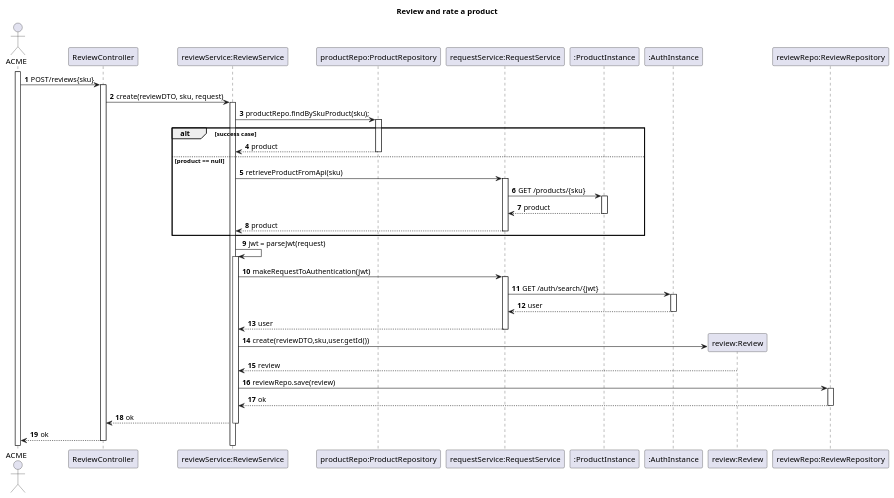
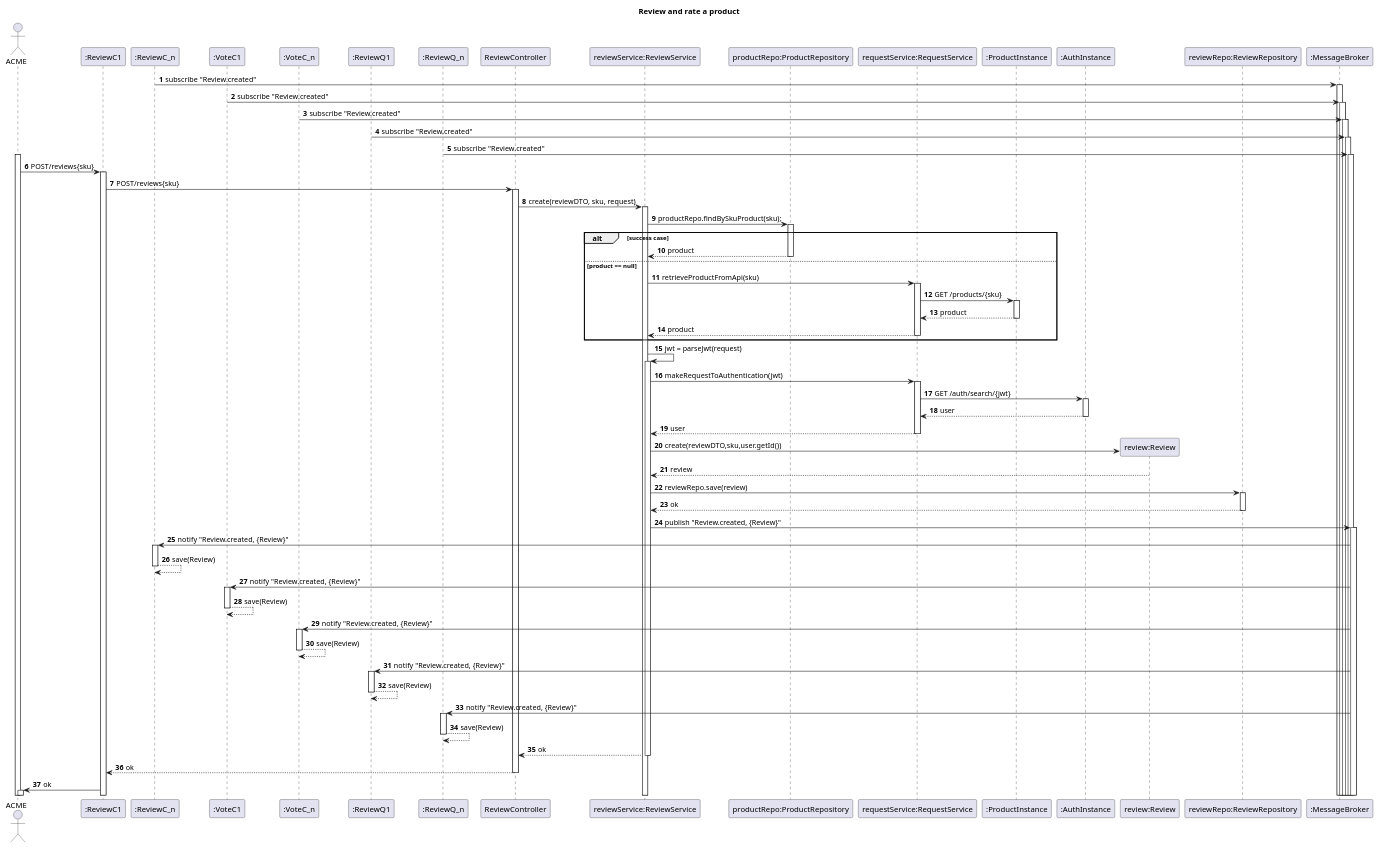
One commit to TiagoNora/SIDIS-Docs changed the diagram in Docs/US04-SD.puml. Above: the diagram before and after it, drawn with PlantUML. The commit also changed 3 other files, not shown here.

```diff
--- a/Docs/US04-SD.puml
+++ b/Docs/US04-SD.puml
@@ -1,43 +1,74 @@
 @startuml
 'https://plantuml.com/sequence-diagram
 title Review and rate a product
 autoactivate on
 autonumber
 
 actor "ACME" as User
+
+participant ":ReviewC1" as reviewC
+participant ":ReviewC_n" as reviewC_n
+participant ":VoteC1" as voteC
+participant ":VoteC_n" as voteC_n
+participant ":ReviewQ1" as reviewQ
+participant ":ReviewQ_n" as reviewQ_n
+
 participant "ReviewController" as Ctrl
 participant "reviewService:ReviewService" as Svc
 participant "productRepo:ProductRepository" as repository
 participant "requestService:RequestService" as request
 participant ":ProductInstance" as instance
 participant ":AuthInstance" as instanceAuth
 participant "review:Review" as review
 participant "reviewRepo:ReviewRepository" as Repo
 
+participant ":MessageBroker" as broker
+
+
+reviewC_n -> broker: subscribe "Review.created"
+voteC -> broker: subscribe "Review.created"
+voteC_n -> broker: subscribe "Review.created"
+reviewQ -> broker: subscribe "Review.created"
+reviewQ_n -> broker: subscribe "Review.created"
+
 activate User
+User -> reviewC : POST/reviews{sku}
+reviewC -> Ctrl: POST/reviews{sku}
 
-User -> Ctrl : POST/reviews{sku}
 
 Ctrl -> Svc : create(reviewDTO, sku, request)
 Svc -> repository : productRepo.findBySkuProduct(sku);
 alt success case
 repository --> Svc : product
 else product == null
 Svc -> request:retrieveProductFromApi(sku)
 request -> instance: GET /products/{sku}
 instance --> request: product
 request --> Svc: product
 end
 Svc -> Svc: jwt = parseJwt(request)
 Svc -> request: makeRequestToAuthentication(jwt)
 request -> instanceAuth: GET /auth/search/{jwt}
 instanceAuth --> request: user
 request --> Svc: user
 Svc -> review** : create(reviewDTO,sku,user.getId())
 review --> Svc :  review
 Svc -> Repo : reviewRepo.save(review)
 Repo --> Svc : ok
+
+Svc -> broker: publish "Review.created, {Review}"
+reviewC_n <- broker: notify "Review.created, {Review}"
+reviewC_n --> reviewC_n: save(Review)
+voteC <- broker: notify "Review.created, {Review}"
+voteC --> voteC: save(Review)
+voteC_n <- broker: notify "Review.created, {Review}"
+voteC_n --> voteC_n: save(Review)
+reviewQ <- broker: notify "Review.created, {Review}"
+reviewQ --> reviewQ: save(Review)
+reviewQ_n <- broker: notify "Review.created, {Review}"
+reviewQ_n --> reviewQ_n: save(Review)
 Svc --> Ctrl : ok
-Ctrl --> User : ok
+Ctrl --> reviewC : ok
+reviewC -> User: ok
 
 @enduml
```
